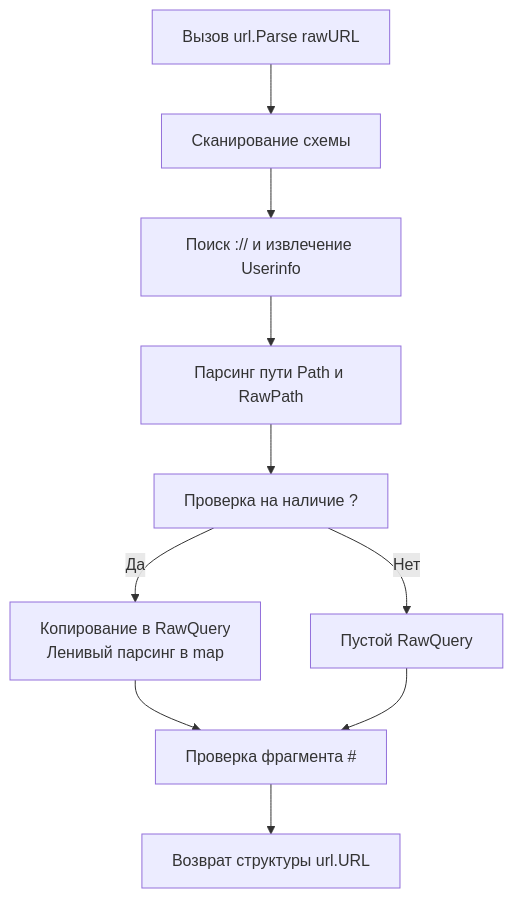
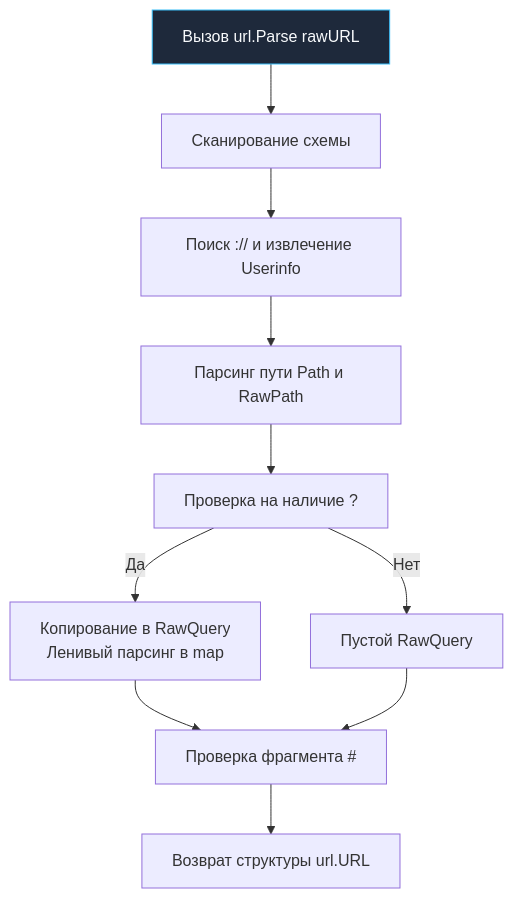
One commit to UnrealTemplier/go-textbook changed the diagram in sources/6. Стандартная библиотека Go/32. net_url. URL, query parameters и escaping.md. Above: the diagram before and after it, drawn with Mermaid. The commit also changed 1666 other files, not shown here.

First line of the commit message:
feat(mermaid): add semantic color classDef to 1369 colorless flowchart/graph diagrams

````diff
--- a/sources/6. Стандартная библиотека Go/32. net_url. URL, query parameters и escaping.md
+++ b/sources/6. Стандартная библиотека Go/32. net_url. URL, query parameters и escaping.md
@@ -26,12 +26,22 @@
 ```mermaid
 flowchart TD
-    A["Вызов url.Parse rawURL"] --> B["Сканирование схемы"]
+    classDef process  fill:#1e293b,stroke:#38bdf8,stroke-width:1px,color:#f8fafc
+    classDef success  fill:#064e3b,stroke:#34d399,stroke-width:1px,color:#f8fafc
+    classDef error    fill:#7f1d1d,stroke:#f87171,stroke-width:1px,color:#f8fafc
+    classDef warning  fill:#78350f,stroke:#fbbf24,stroke-width:1px,color:#f8fafc
+    classDef entry    fill:#1e3a5f,stroke:#38bdf8,stroke-width:2px,color:#f8fafc
+    classDef aux      fill:#334155,stroke:#64748b,stroke-width:1px,color:#f8fafc
+    classDef system   fill:#312e81,stroke:#a78bfa,stroke-width:1px,color:#f8fafc
+    classDef data     fill:#132d29,stroke:#2dd4bf,stroke-width:1px,color:#f8fafc
+    classDef network  fill:#881337,stroke:#fb7185,stroke-width:1px,color:#f8fafc
+    classDef accent   fill:#1e1b4b,stroke:#818cf8,stroke-width:1px,color:#f8fafc
+    A["Вызов url.Parse rawURL"]:::process --> B["Сканирование схемы"]
     B --> C["Поиск :// и извлечение Userinfo"]
     C --> D["Парсинг пути Path и RawPath"]
     D --> E["Проверка на наличие ?"]
     E -->|Да| F["Копирование в RawQuery<br>Ленивый парсинг в map"]
     E -->|Нет| G["Пустой RawQuery"]
     F --> H["Проверка фрагмента #"]
     G --> H
     H --> I["Возврат структуры url.URL"]
 ```
````
